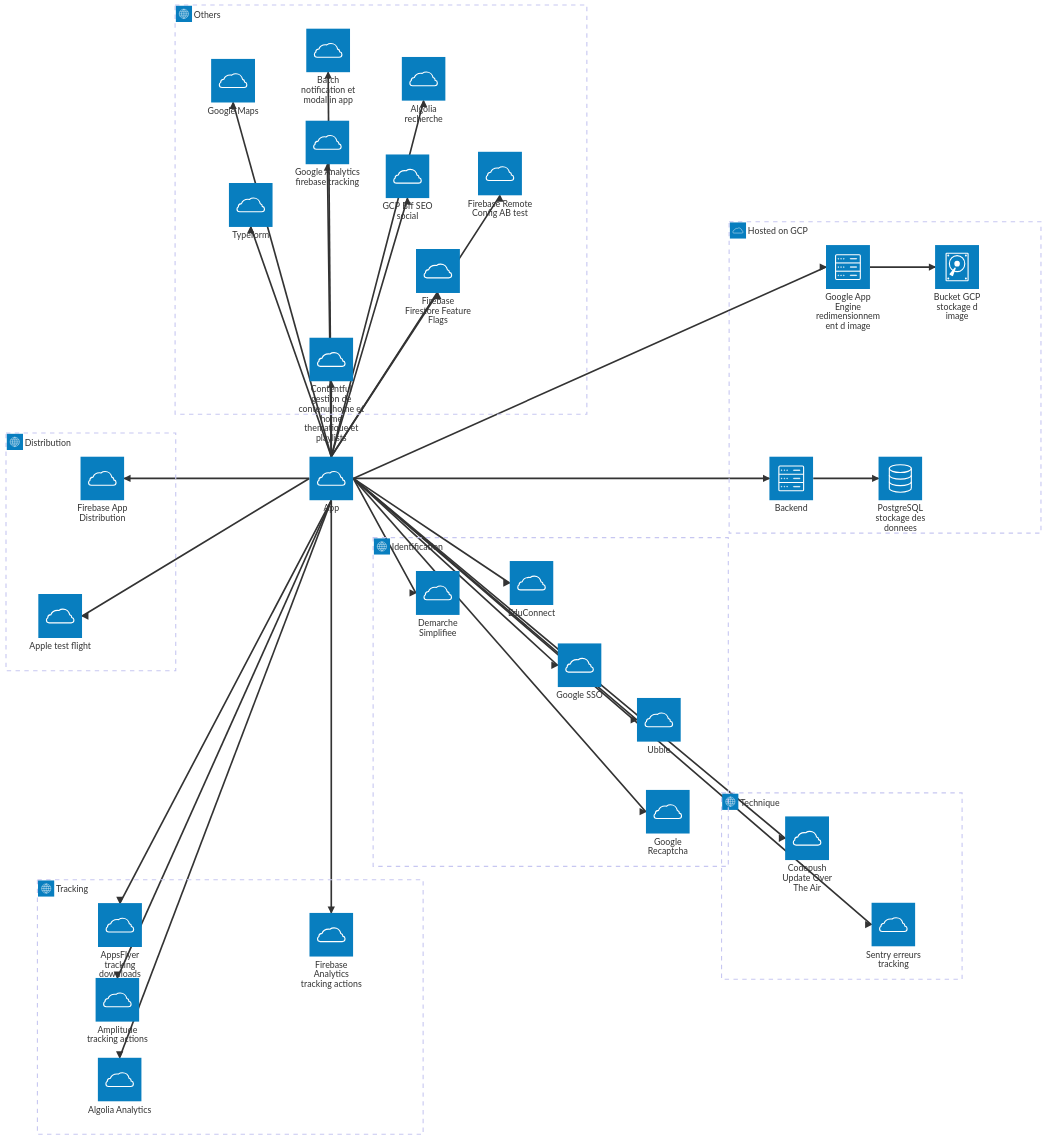
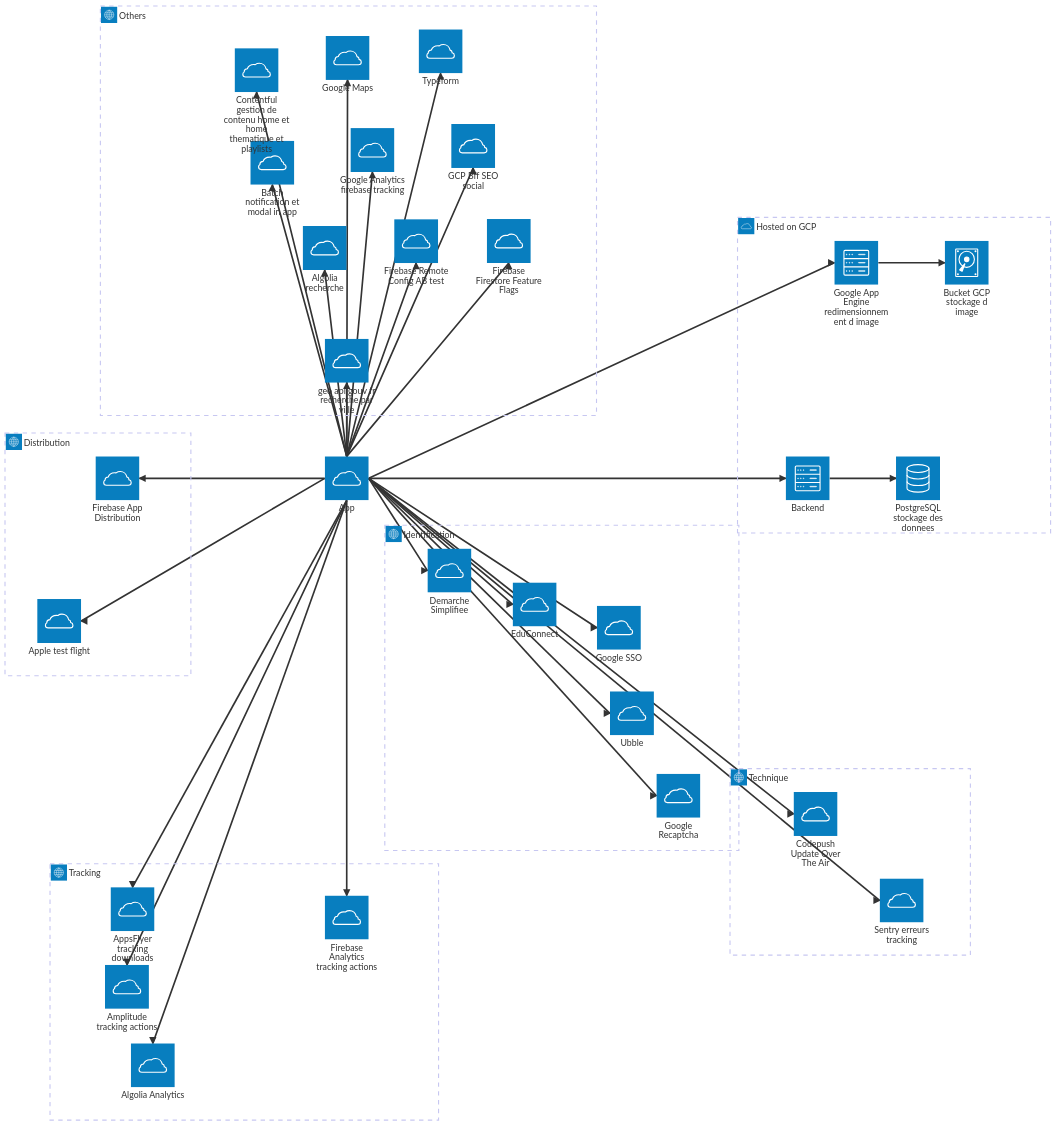
The second of 2 diagrams in doc/architecture/input-output-externe.md (pass-culture/pass-culture-app-native), drawn with Mermaid before and after one commit. The commit also changed other lines of this file, not shown here.

````diff
--- a/doc/architecture/input-output-externe.md
+++ b/doc/architecture/input-output-externe.md
@@ -48,76 +49,78 @@
 ```mermaid
 architecture-beta
   group technique(internet)[Technique]
   group distribution(internet)[Distribution]
   group identification(internet)[Identification]
   group tracking(internet)[Tracking]
   group hosted_on_GCP(cloud)[Hosted on GCP]
   group others(internet)[Others]
 
   service App(cloud)[App]
 
   service Google_Recaptcha(cloud)[Google Recaptcha] in identification
   service Ubble(cloud)[Ubble] in identification
   service Google(cloud)[Google SSO] in identification
   service Educonnect(cloud)[EduConnect] in identification %% ?
   service DMS(cloud)[Demarche Simplifiee] in identification %% ?
 
   App:R --> L:Google_Recaptcha
   App:R --> L:Ubble
   App:R --> L:Google
   App:R --> L:Educonnect
   App:R --> L:DMS
 
   service Algolia_Analytics(cloud)[Algolia Analytics] in tracking
   service Amplitude(cloud)[Amplitude tracking actions] in tracking
   service AppsFlyer(cloud)[AppsFlyer tracking downloads] in tracking
   service Firebase_Analytics(cloud)[Firebase Analytics tracking actions] in tracking
 
   App:B --> T:Algolia_Analytics
   App:B --> T:Amplitude
   App:B --> T:AppsFlyer
   App:B --> T:Firebase_Analytics
 
   service Sentry(cloud)[Sentry erreurs tracking] in technique
   service Codepush(cloud)[Codepush Update Over The Air] in technique
 
   App:R --> L:Sentry
   App:R --> L:Codepush
 
   service Apple_TestFlight(cloud)[Apple test flight] in distribution
   service Firebase_App_Distribution(cloud)[Firebase App Distribution] in distribution
 
   App:L --> R:Apple_TestFlight
   App:L --> R:Firebase_App_Distribution
 
   service Firebase_Firestore(cloud)[Firebase Firestore Feature Flags] in others
   service Firebase_Remote_Config(cloud)[Firebase Remote Config AB test] in others
   service Google_Analytics(cloud)[Google Analytics firebase tracking] in others
   service GCP(cloud)[GCP Bff SEO social] in others %% ?
   service Algolia(cloud)[Algolia recherche] in others
   service typeform(cloud)[Typeform] in others %% ?
   service batch(cloud)[Batch notification et modal in app] in others
   service Google_Maps(cloud)[Google Maps] in others
   service Contentful(cloud)[Contentful gestion de contenu home et home thematique et playlists] in others
+  service geo_api_gouv(cloud)[geo api gouv fr recherche par ville] in others
 
   App:T --> B:Firebase_Firestore
   App:T --> B:Firebase_Remote_Config
   App:T --> B:Google_Analytics
   App:T --> B:GCP
   App:T --> B:Algolia
   App:T --> B:typeform
   App:T --> B:batch
   App:T --> B:Google_Maps
   App:T --> B:Contentful
+  App:T --> B:geo_api_gouv
 
   service image_resize(server)[Google App Engine redimensionnement d image] in hosted_on_GCP
   service bucket_image(disk)[Bucket GCP stockage d image] in hosted_on_GCP
   App:R --> L:image_resize
   image_resize:R --> L:bucket_image
 
   service backend(server)[Backend] in hosted_on_GCP
   service Postgresql(database)[PostgreSQL stockage des donnees] in hosted_on_GCP
 
   App:R --> L:backend
   backend:R --> L:Postgresql
 ```
````
